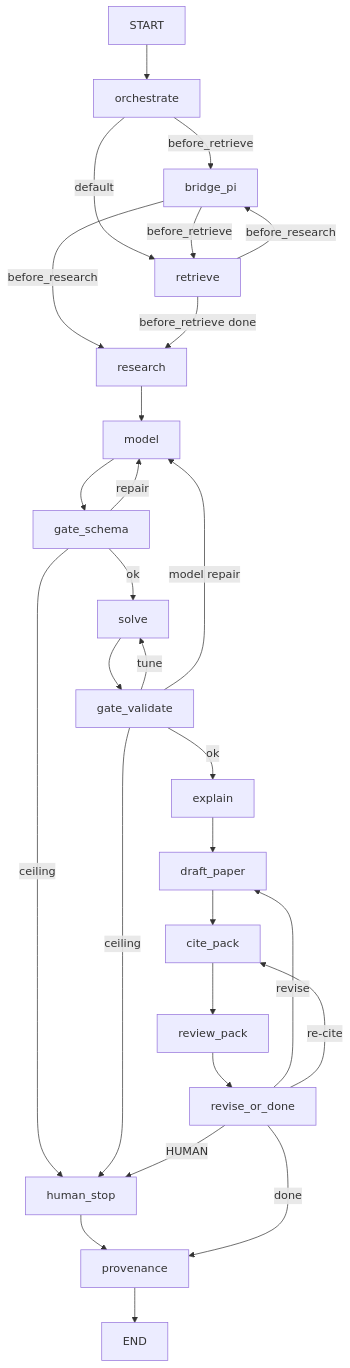
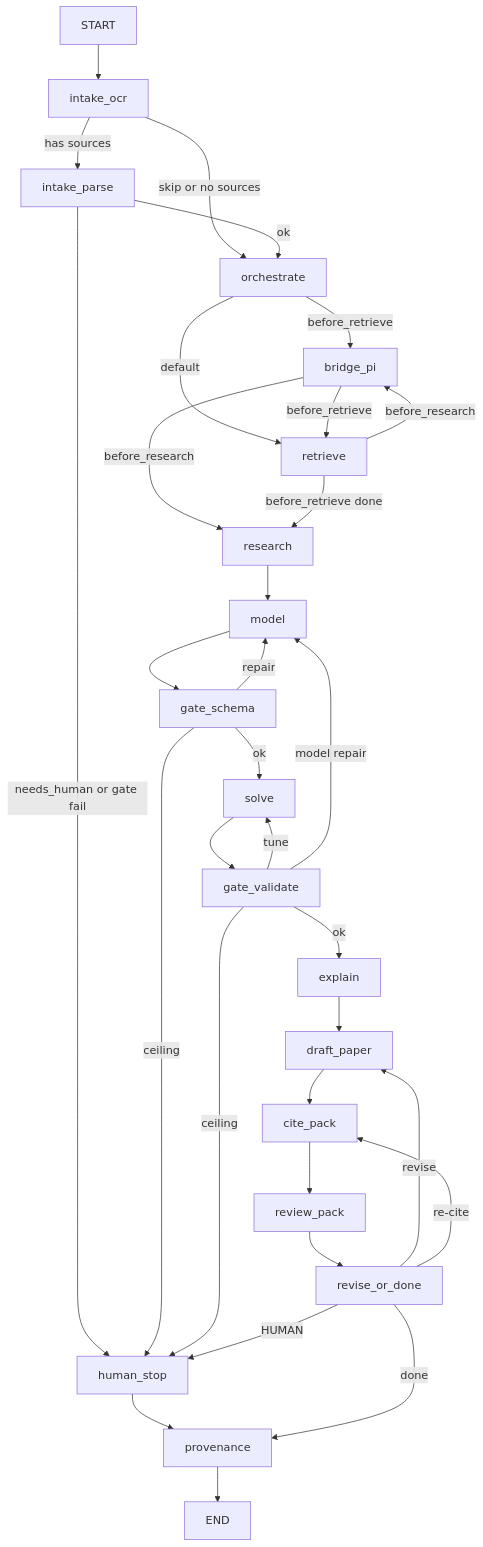
One commit to lanzaoi/or-path changed the diagram in docs/t3-stage-map.mmd. Above: the diagram before and after it, drawn with Mermaid. The commit also changed 60 other files, not shown here.

First line of the commit message:
feat: close problem intake 1.1 and architecture soak 1.2

```diff
--- a/docs/t3-stage-map.mmd
+++ b/docs/t3-stage-map.mmd
@@ -1,24 +1,28 @@
 flowchart TD
-  START --> orchestrate
+  START --> intake_ocr
+  intake_ocr -->|skip or no sources| orchestrate
+  intake_ocr -->|has sources| intake_parse
+  intake_parse -->|ok| orchestrate
+  intake_parse -->|needs_human or gate fail| human_stop
   orchestrate -->|before_retrieve| bridge_pi
   orchestrate -->|default| retrieve
   bridge_pi -->|before_retrieve| retrieve
   bridge_pi -->|before_research| research
   retrieve -->|before_research| bridge_pi
   retrieve -->|before_retrieve done| research
   research --> model --> gate_schema
   gate_schema -->|ok| solve
   gate_schema -->|repair| model
   gate_schema -->|ceiling| human_stop
   solve --> gate_validate
   gate_validate -->|ok| explain
   gate_validate -->|tune| solve
   gate_validate -->|model repair| model
   gate_validate -->|ceiling| human_stop
   human_stop --> provenance
   explain --> draft_paper --> cite_pack --> review_pack --> revise_or_done
   revise_or_done -->|revise| draft_paper
   revise_or_done -->|re-cite| cite_pack
   revise_or_done -->|done| provenance
   revise_or_done -->|HUMAN| human_stop
   provenance --> END
```
